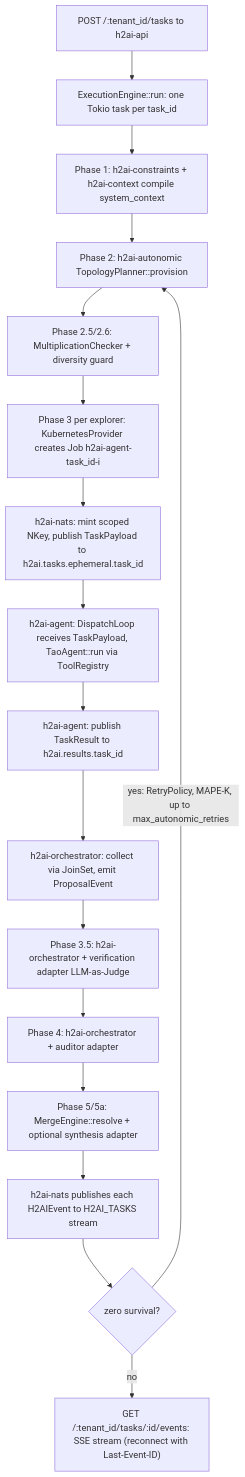
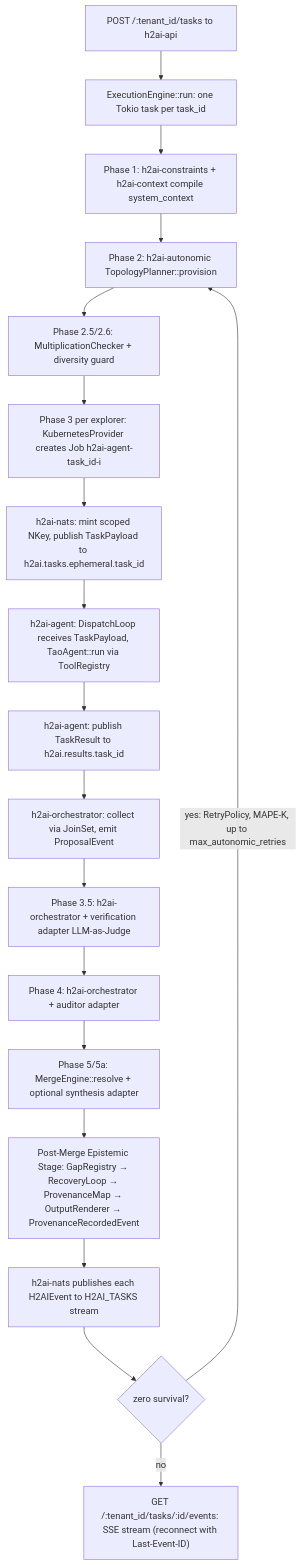
Before and after one commit to immediatus/h2ai-control-plane: diagram 19 of 19 in docs/architecture/architecture.md, drawn with Mermaid. The commit also changed other lines of this file and 152 other files, not shown here.

````diff
--- a/docs/architecture/architecture.md
+++ b/docs/architecture/architecture.md
@@ -1376,19 +1477,20 @@
 ```mermaid
 flowchart TD
     POST["POST /:tenant_id/tasks to h2ai-api"] --> EE["ExecutionEngine::run: one Tokio task per task_id"]
     EE --> P1["Phase 1: h2ai-constraints + h2ai-context compile system_context"]
     P1 --> P2["Phase 2: h2ai-autonomic TopologyPlanner::provision"]
     P2 --> P25["Phase 2.5/2.6: MultiplicationChecker + diversity guard"]
     P25 --> P3["Phase 3 per explorer: KubernetesProvider creates Job h2ai-agent-task_id-i"]
     P3 --> NK["h2ai-nats: mint scoped NKey, publish TaskPayload to h2ai.tasks.ephemeral.task_id"]
     NK --> AG["h2ai-agent: DispatchLoop receives TaskPayload, TaoAgent::run via ToolRegistry"]
     AG --> TR["h2ai-agent: publish TaskResult to h2ai.results.task_id"]
     TR --> CO["h2ai-orchestrator: collect via JoinSet, emit ProposalEvent"]
     CO --> P35["Phase 3.5: h2ai-orchestrator + verification adapter LLM-as-Judge"]
     P35 --> P4["Phase 4: h2ai-orchestrator + auditor adapter"]
     P4 --> P5["Phase 5/5a: MergeEngine::resolve + optional synthesis adapter"]
-    P5 --> EV["h2ai-nats publishes each H2AIEvent to H2AI_TASKS stream"]
+    P5 --> EQ["Post-Merge Epistemic Stage: GapRegistry → RecoveryLoop → ProvenanceMap → OutputRenderer → ProvenanceRecordedEvent"]
+    EQ --> EV["h2ai-nats publishes each H2AIEvent to H2AI_TASKS stream"]
     EV --> ZS{"zero survival?"}
     ZS -->|"yes: RetryPolicy, MAPE-K, up to max_autonomic_retries"| P2
     ZS -->|no| SSE["GET /:tenant_id/tasks/:id/events: SSE stream (reconnect with Last-Event-ID)"]
 ```
````
